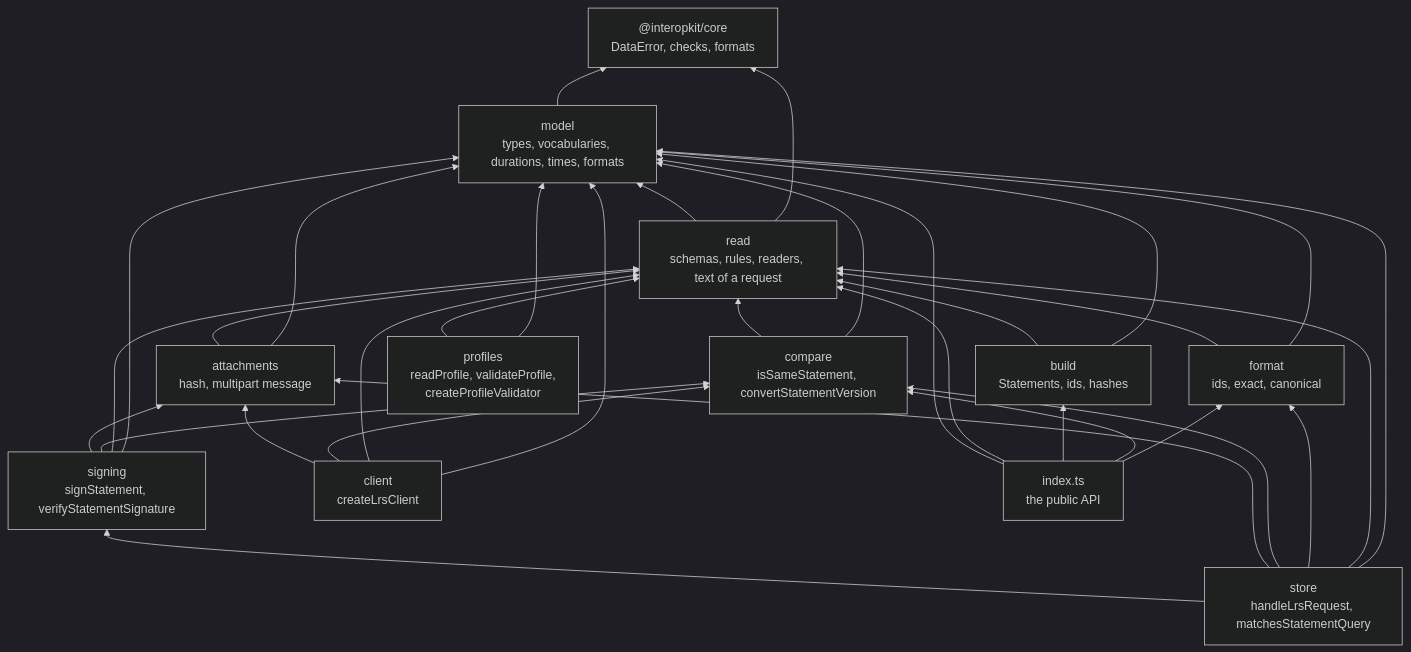
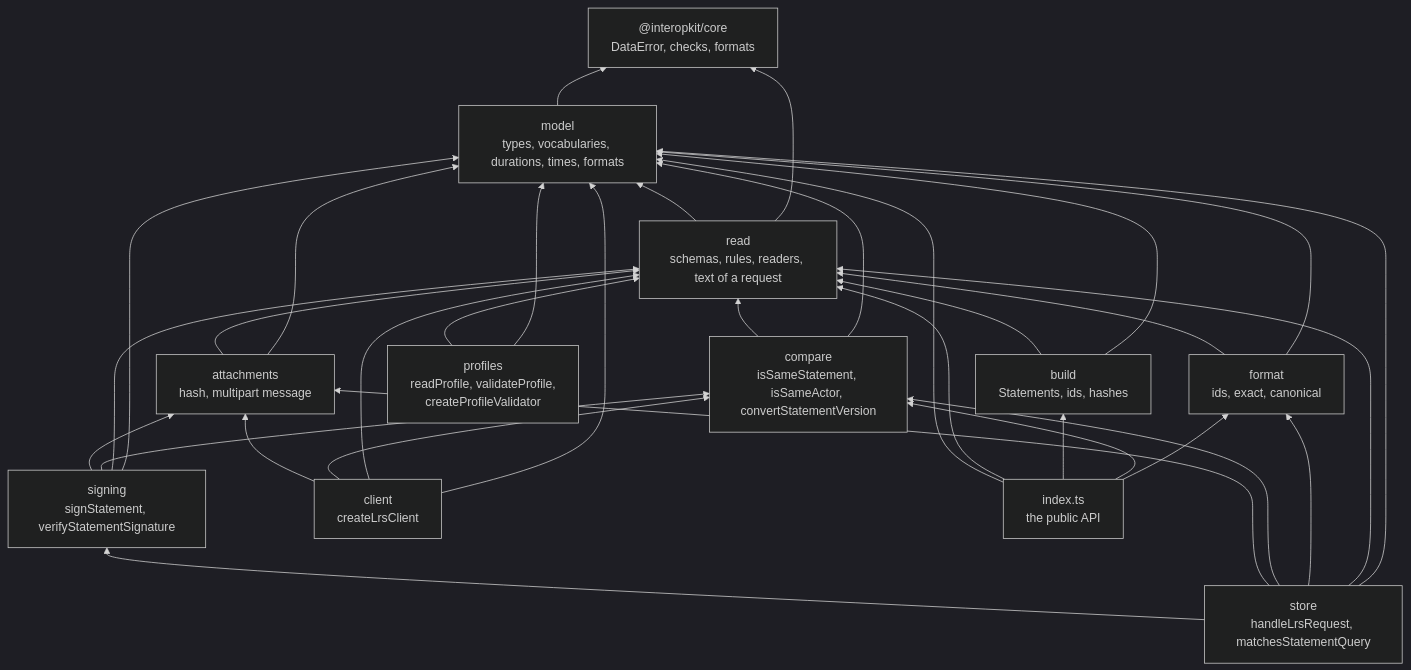
Before and after one commit to interopkit/interopkit: the first of 2 diagrams in docs/learning-records/architecture.md, drawn with Mermaid (dark theme). The commit also changed 23 other files, not shown here.

First line of the commit message:
Compare Actors with isSameActor of learning-records, which the rules and the LMS of cmi5 use too

````diff
--- a/docs/learning-records/architecture.md
+++ b/docs/learning-records/architecture.md
@@ -11,47 +11,47 @@
 ```mermaid
 flowchart BT
   core["@interopkit/core<br/>DataError, checks, formats"]
   model["model<br/>types, vocabularies, durations, times, formats"]
   read["read<br/>schemas, rules, readers, text of a request"]
   build["build<br/>Statements, ids, hashes"]
-  compare["compare<br/>isSameStatement, convertStatementVersion"]
+  compare["compare<br/>isSameStatement, isSameActor, convertStatementVersion"]
   format["format<br/>ids, exact, canonical"]
   attachments["attachments<br/>hash, multipart message"]
   signing["signing<br/>signStatement, verifyStatementSignature"]
   client["client<br/>createLrsClient"]
   store["store<br/>handleLrsRequest, matchesStatementQuery"]
   profiles["profiles<br/>readProfile, validateProfile,<br/>createProfileValidator"]
   root["index.ts<br/>the public API"]
   read --> model
   read --> core
   model --> core
   build --> read
   compare --> read
   format --> read
   build --> model
   compare --> model
   format --> model
   attachments --> read
   attachments --> model
   signing --> attachments
   signing --> compare
   signing --> read
   signing --> model
   client --> attachments
   client --> compare
   client --> read
   client --> model
   store --> signing
   store --> attachments
   store --> compare
   store --> format
   store --> read
   store --> model
   profiles --> read
   profiles --> model
   root --> model
   root --> read
   root --> build
   root --> compare
   root --> format
 ```
````
